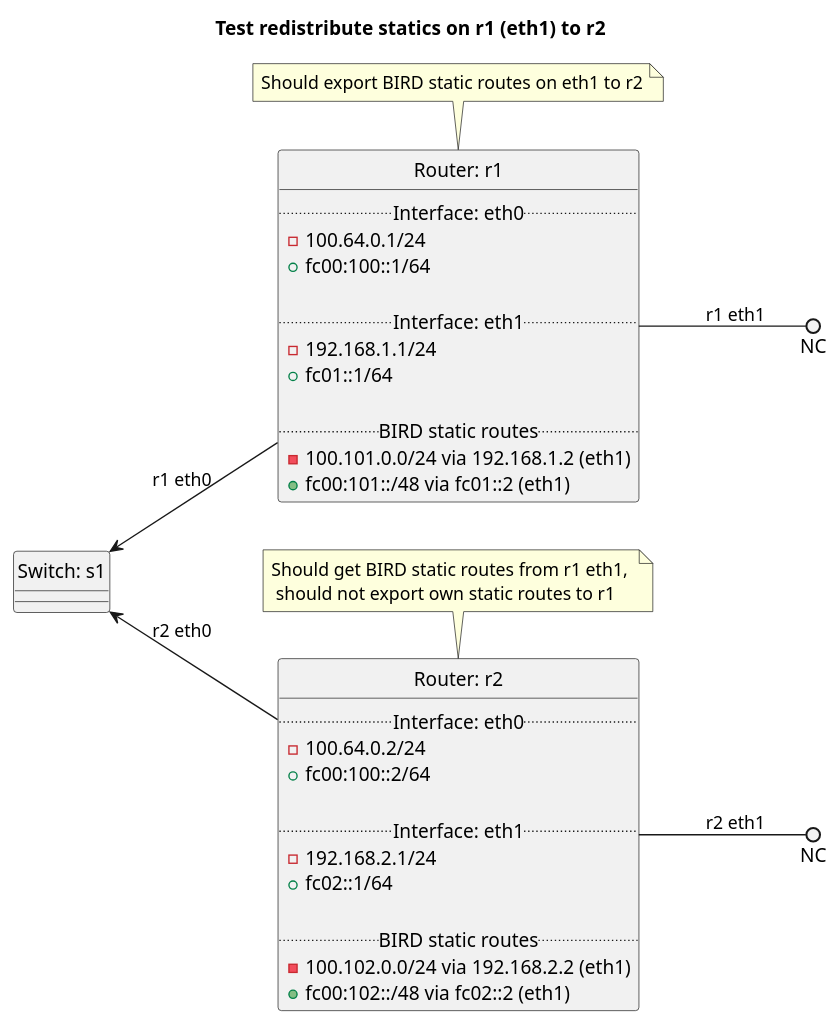
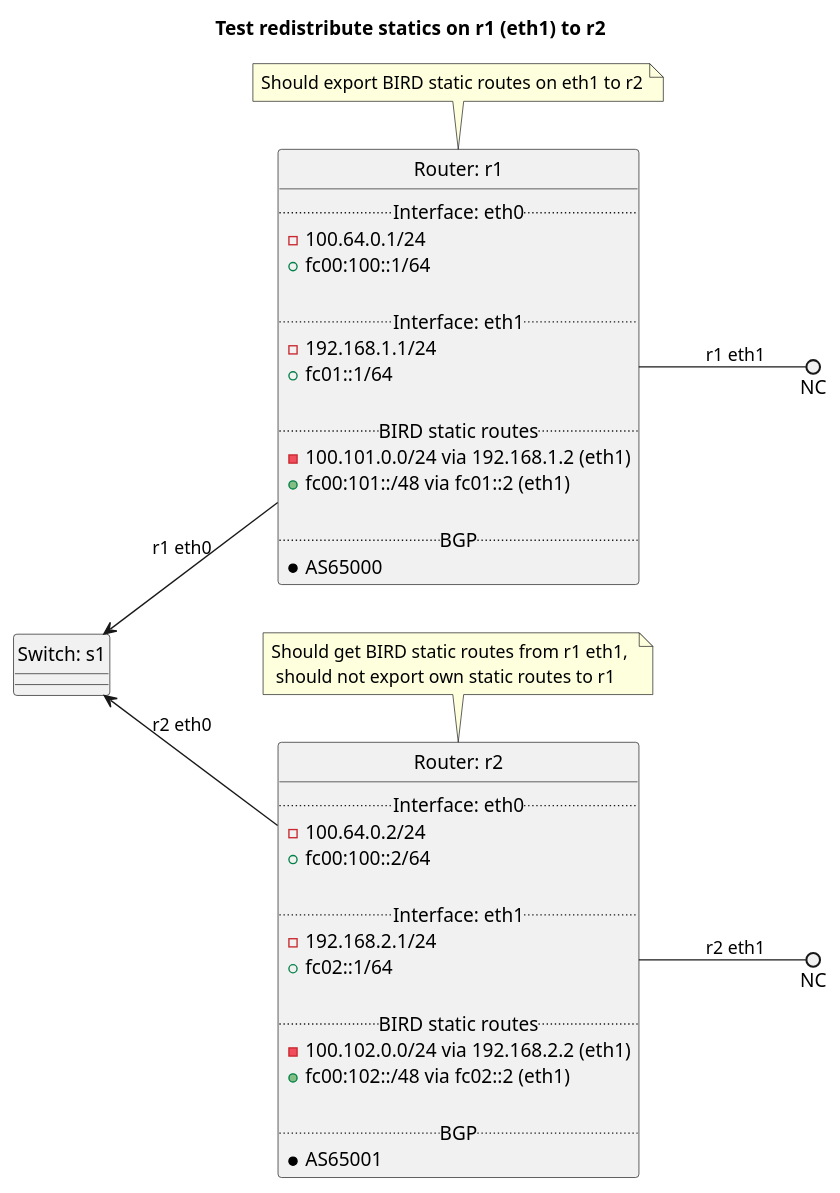
Before and after one commit to oscdev-io/birdplan: the diagram in tests/40-bgp/redistribute_static/README.md, drawn with PlantUML. The commit also changed 2 other files, not shown here.

Commit message:
docs: Added AS numbers to BGP tests

````diff
--- a/tests/40-bgp/redistribute_static/README.md
+++ b/tests/40-bgp/redistribute_static/README.md
@@ -7,49 +7,55 @@
 ```plantuml
 @startuml
 hide circle
 title Test redistribute statics on r1 (eth1) to r2
 left to right direction
 
 
 class "Router: r1" {
   .. Interface: eth0 ..
 - 100.64.0.1/24
 + fc00:100::1/64
 
   .. Interface: eth1 ..
 - 192.168.1.1/24
 + fc01::1/64
 
   .. BIRD static routes ..
 - 100.101.0.0/24 via 192.168.1.2 (eth1)
 + fc00:101::/48 via fc01::2 (eth1)
+
+  .. BGP ..
+* AS65000
 }
 note top: Should export BIRD static routes on eth1 to r2
 
 
 class "Router: r2" {
   .. Interface: eth0 ..
 - 100.64.0.2/24
 + fc00:100::2/64
 
   .. Interface: eth1 ..
 - 192.168.2.1/24
 + fc02::1/64
 
   .. BIRD static routes ..
 - 100.102.0.0/24 via 192.168.2.2 (eth1)
 + fc00:102::/48 via fc02::2 (eth1)
+
+  .. BGP ..
+* AS65001
 }
 note top: Should get BIRD static routes from r1 eth1, \n should not export own static routes to r1
 
 
 class "Switch: s1" {}
 
 
 "Switch: s1" <-down- "Router: r1": r1 eth0
 "Switch: s1" <-down- "Router: r2": r2 eth0
 "Router: r1" --() NC: r1 eth1
 "Router: r2" --() NC: r2 eth1
 
 @enduml
 ```
````
